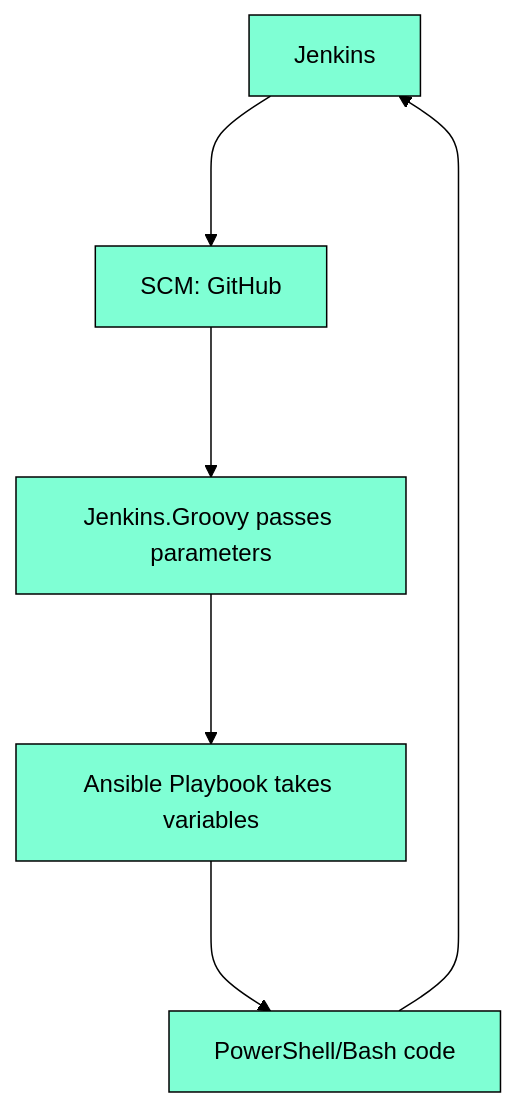
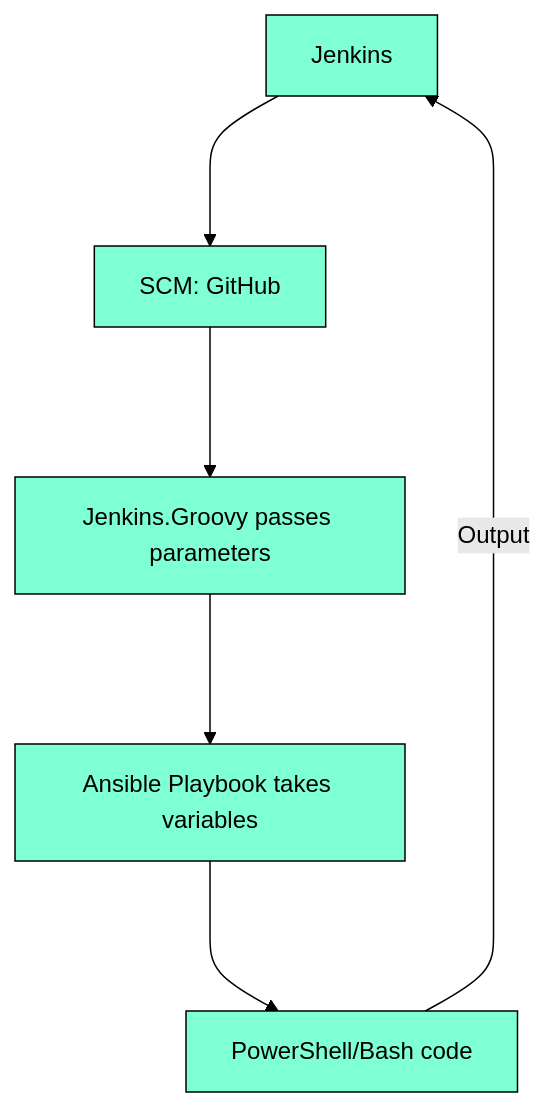
One commit to Lifailon/Deploy-PS-Module changed the second of 2 diagrams in README.md. Above: the diagram before and after it, drawn with Mermaid (forest theme).

Commit message:
test state

````diff
--- a/README.md
+++ b/README.md
@@ -15,11 +15,11 @@
 ```mermaid
 flowchart TD
     classDef class_color fill:#7FFFD4, stroke:#000, stroke-width:1px
     1[Jenkins]:::class_color
     2[SCM: GitHub]:::class_color
     3[Jenkins.Groovy passes parameters]:::class_color
     4[Ansible Playbook takes variables]:::class_color
     5[PowerShell/Bash code]:::class_color
     1--->2--->3--->4--->5
-    5--->1
+    5--Output-->1
 ```
````
